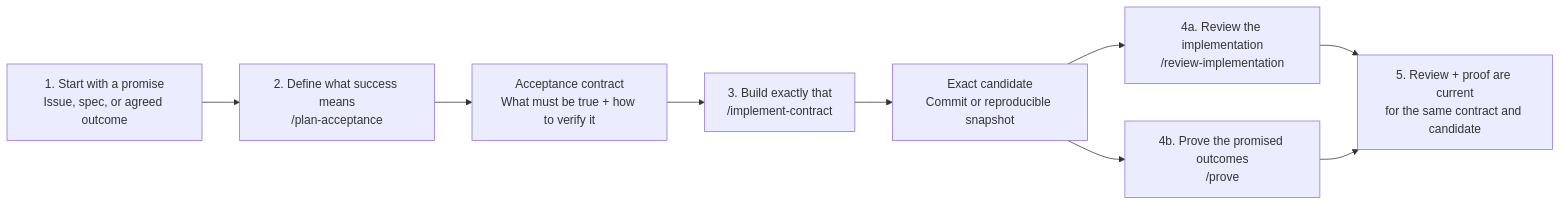
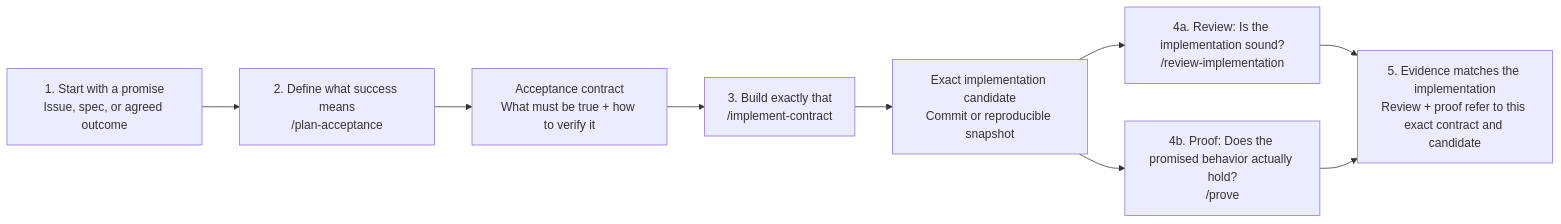
One commit to grove/promise-to-proof changed the first of 2 diagrams in README.md. Above: the diagram before and after it, drawn with Mermaid. The commit also changed other lines of this file, not shown here.

````diff
--- a/README.md
+++ b/README.md
@@ -67,15 +22,15 @@
 ```mermaid
 flowchart LR
   promise["1. Start with a promise<br/>Issue, spec, or agreed outcome"]
   plan["2. Define what success means<br/>/plan-acceptance"]
   contract["Acceptance contract<br/>What must be true + how to verify it"]
   implement["3. Build exactly that<br/>/implement-contract"]
-  candidate["Exact candidate<br/>Commit or reproducible snapshot"]
-  review["4a. Review the implementation<br/>/review-implementation"]
-  prove["4b. Prove the promised outcomes<br/>/prove"]
-  done["5. Review + proof are current<br/>for the same contract and candidate"]
+  candidate["Exact implementation candidate<br/>Commit or reproducible snapshot"]
+  review["4a. Review: Is the implementation sound?<br/>/review-implementation"]
+  prove["4b. Proof: Does the promised behavior actually hold?<br/>/prove"]
+  done["5. Evidence matches the implementation<br/>Review + proof refer to this exact contract and candidate"]
 
   promise --> plan --> contract --> implement --> candidate
   candidate --> review --> done
   candidate --> prove --> done
 ```
````
